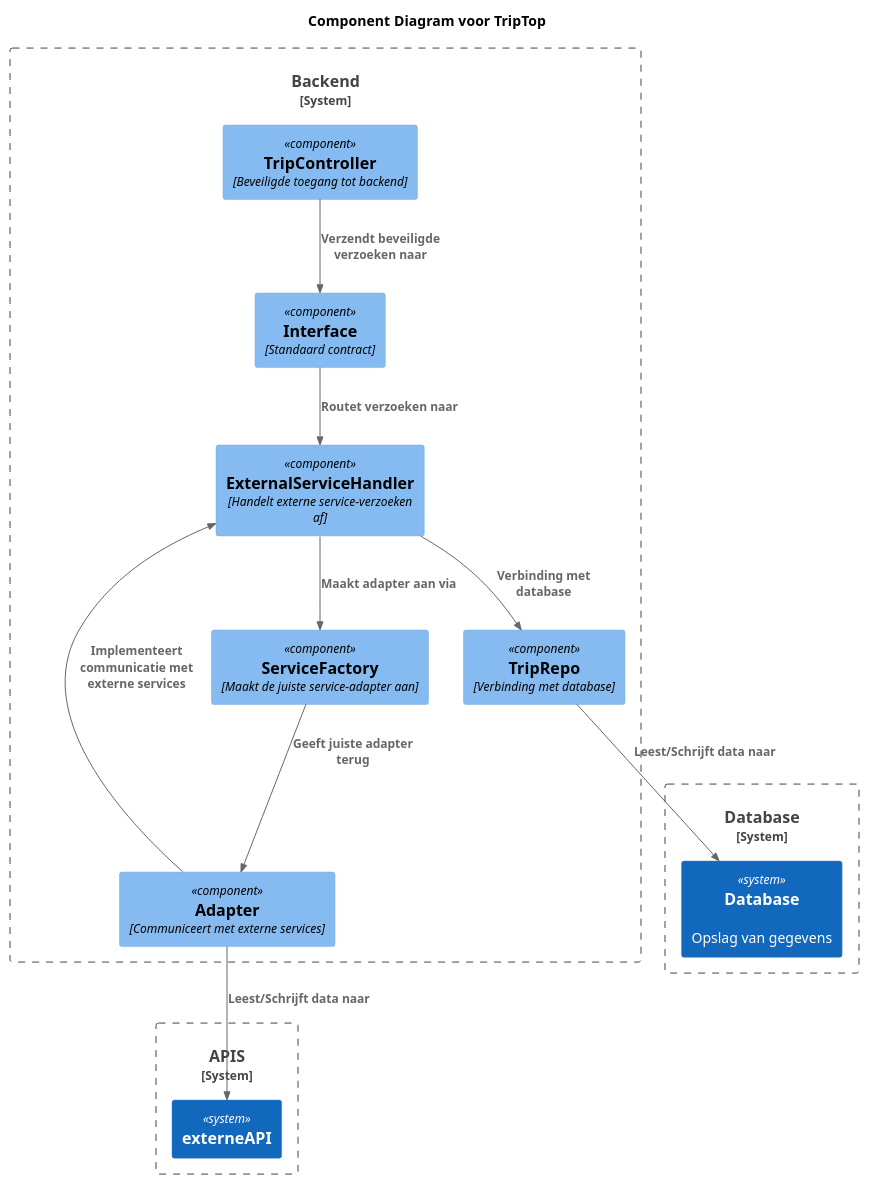
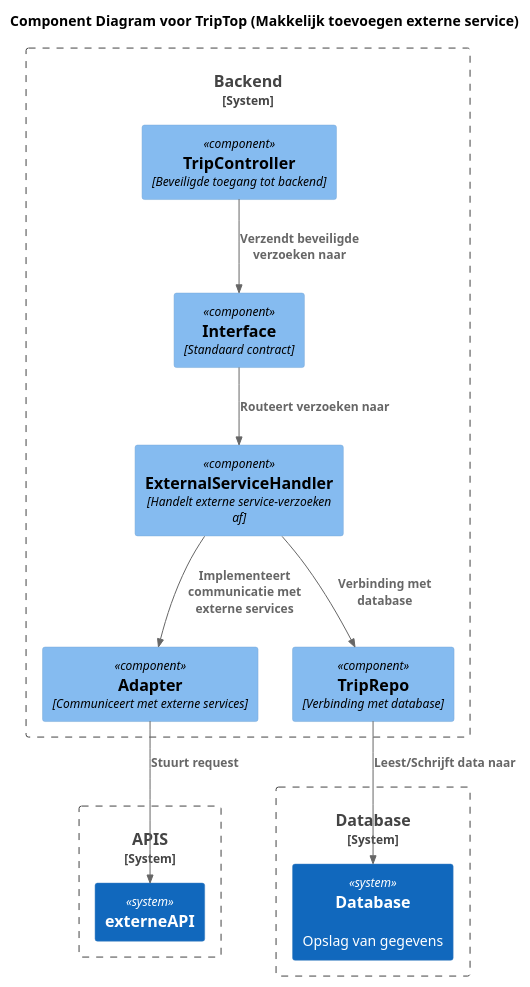
The diagram in Marijn/NEWonderzoeksvraag.md/diagrammen/ComponentdiagramNewExtSys.puml (AIM-ENE-feb25/triptop-dravende-dikdiks), drawn with PlantUML before and after one commit. The commit also changed 1 other file, not shown here.

```diff
--- a/Marijn/NEWonderzoeksvraag.md/diagrammen/ComponentdiagramNewExtSys.puml
+++ b/Marijn/NEWonderzoeksvraag.md/diagrammen/ComponentdiagramNewExtSys.puml
@@ -1,33 +1,30 @@
 @startuml
 
 !include https://raw.githubusercontent.com/plantuml-stdlib/C4-PlantUML/master/C4_Component.puml
 
-title Component Diagram voor TripTop
+title Component Diagram voor TripTop (Makkelijk toevoegen externe service)
 
 System_Boundary("backend", "Backend") {
     Component(TripController, "TripController", "Beveiligde toegang tot backend")
     Component(interface, "Interface", "Standaard contract")
     Component(adapter, "Adapter", "Communiceert met externe services")
-    Component(factory, "ServiceFactory", "Maakt de juiste service-adapter aan")
     Component(handler, "ExternalServiceHandler", "Handelt externe service-verzoeken af")
     Component(TripRepo, "TripRepo", "Verbinding met database")
 }
 
 System_Boundary("database", "Database") {
     System(db, "Database", "Opslag van gegevens")
 }
 
 System_Boundary("APIS", "APIS") {
     System(API, "externeAPI", "")
 }
 
 Rel(TripController, interface, "Verzendt beveiligde verzoeken naar")
-Rel(interface, handler, "Routet verzoeken naar")
-Rel(handler, factory, "Maakt adapter aan via")
-Rel(factory, adapter, "Geeft juiste adapter terug")
-Rel(adapter, handler, "Implementeert communicatie met externe services")
+Rel(interface, handler, "Routeert verzoeken naar")
+Rel(handler, "adapter", "Implementeert communicatie met externe services")
 Rel("handler", "TripRepo", "Verbinding met database")
-Rel("adapter", API, "Leest/Schrijft data naar")
+Rel("adapter", API, "Stuurt request")
 Rel("TripRepo", db, "Leest/Schrijft data naar")
 
 @enduml
```
